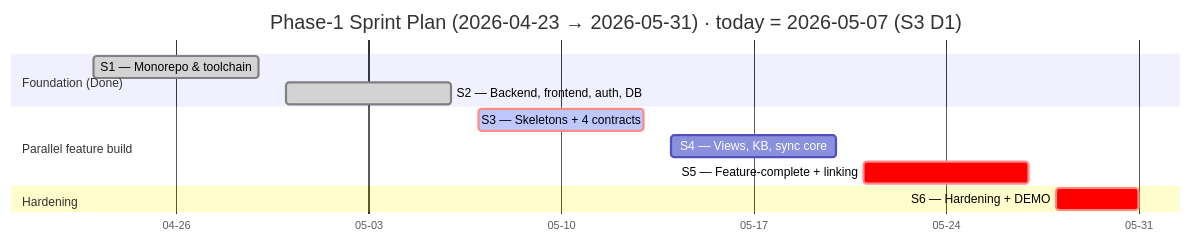
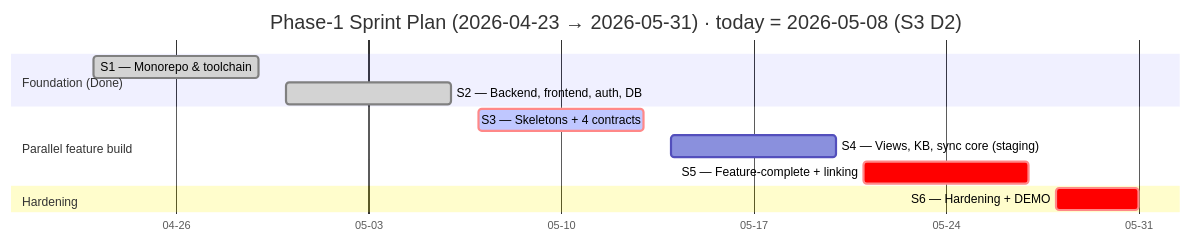
The third of 3 diagrams in docs/executive-summary.md (Seta-International/ai-sdlc-metrics), drawn with Mermaid before and after one commit. The commit also changed other lines of this file and 2 other files, not shown here.

````diff
--- a/docs/executive-summary.md
+++ b/docs/executive-summary.md
@@ -228,18 +242,18 @@
 ```mermaid
 gantt
-    title Phase-1 Sprint Plan (2026-04-23 → 2026-05-31) · today = 2026-05-07 (S3 D1)
+    title Phase-1 Sprint Plan (2026-04-23 → 2026-05-31) · today = 2026-05-08 (S3 D2)
     dateFormat YYYY-MM-DD
     axisFormat %m-%d
 
     section Foundation (Done)
     S1 — Monorepo & toolchain          :done, s1, 2026-04-23, 2026-04-29
     S2 — Backend, frontend, auth, DB   :done, s2, 2026-04-30, 2026-05-06
 
     section Parallel feature build
     S3 — Skeletons + 4 contracts       :crit, active, s3, 2026-05-07, 2026-05-13
-    S4 — Views, KB, sync core          :s4, 2026-05-14, 2026-05-20
+    S4 — Views, KB, sync core (staging):s4, 2026-05-14, 2026-05-20
     S5 — Feature-complete + linking    :crit, s5, 2026-05-21, 2026-05-27
 
     section Hardening
     S6 — Hardening + DEMO              :crit, s6, 2026-05-28, 2026-05-31
 ```
````
